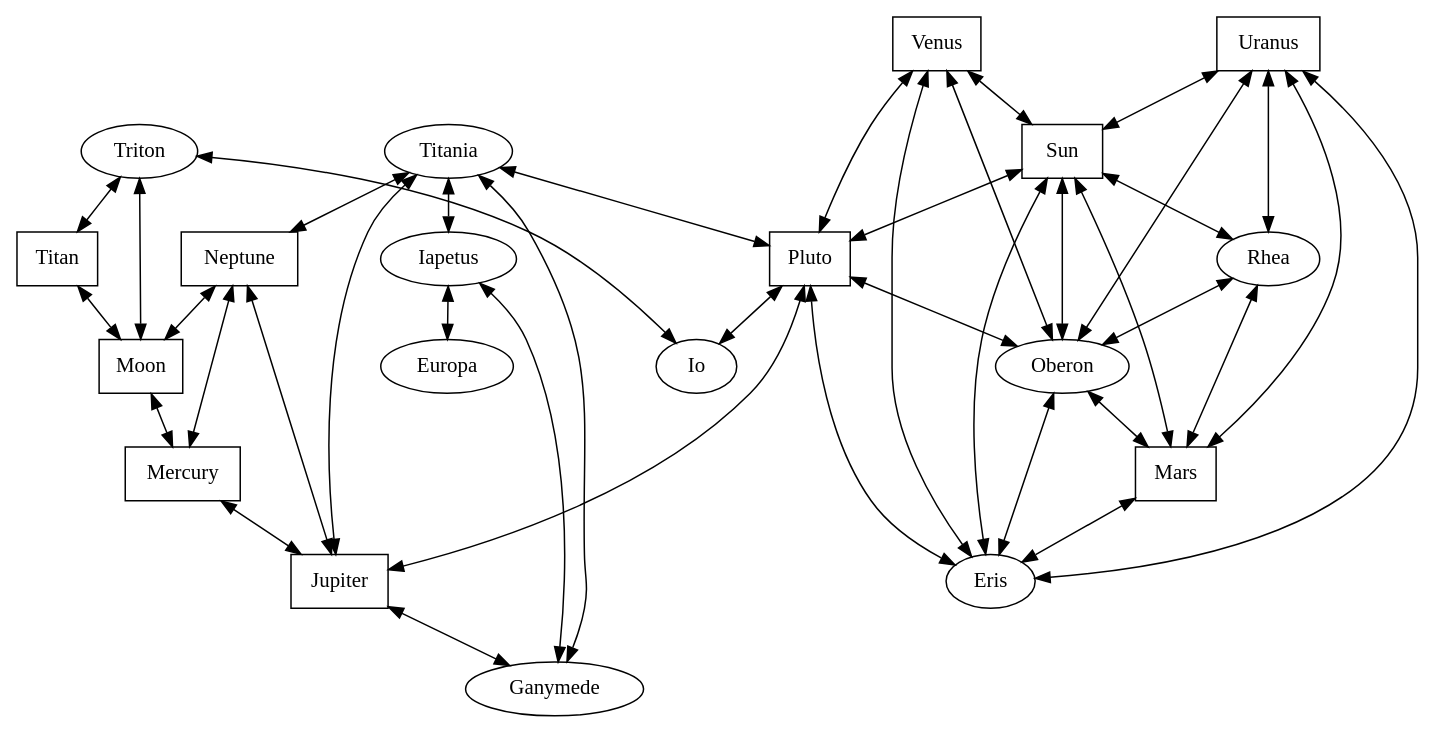
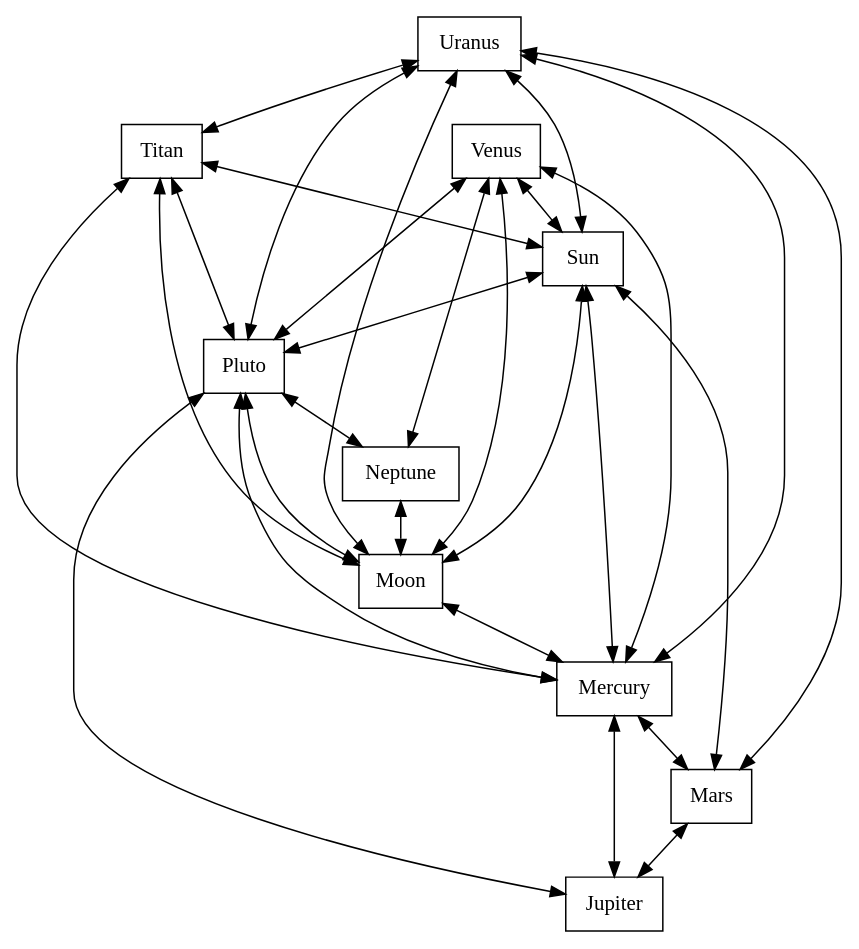
One commit to lmelkamu/JeopardyIsland_Final changed the diagram in map.dot. Above: the diagram before and after it, drawn with Graphviz.

```diff
--- a/map.dot
+++ b/map.dot
@@ -1,55 +1,43 @@
 digraph G {
   Neptune [fillcolor="#0003E8", label="Neptune", shape=box, ];
   Mercury [fillcolor="#0003E8", label="Mercury", shape=box, ];
   Uranus [fillcolor="#0003E8", label="Uranus", shape=box, ];
   Titan [fillcolor="#0003E8", label="Titan", shape=box, ];
   Moon [fillcolor="#0003E8", label="Moon", shape=box, ];
   Sun [fillcolor="#0003E8", label="Sun", shape=box, ];
   Venus [fillcolor="#0003E8", label="Venus", shape=box, ];
   Jupiter [fillcolor="#0003E8", label="Jupiter", shape=box, ];
   Pluto [fillcolor="#0003E8", label="Pluto", shape=box, ];
   Mars [fillcolor="#0003E8", label="Mars", shape=box, ];
   
   
-  Neptune -> Jupiter [dir=both, ];
-  Neptune -> Mercury [dir=both, ];
   Neptune -> Moon [dir=both, ];
   Mercury -> Jupiter [dir=both, ];
-  Uranus -> Eris [dir=both, ];
+  Mercury -> Mars [dir=both, ];
   Uranus -> Mars [dir=both, ];
-  Uranus -> Oberon [dir=both, ];
-  Uranus -> Rhea [dir=both, ];
+  Uranus -> Mercury [dir=both, ];
+  Uranus -> Moon [dir=both, ];
+  Uranus -> Pluto [dir=both, ];
   Uranus -> Sun [dir=both, ];
-  Rhea -> Mars [dir=both, ];
-  Rhea -> Oberon [dir=both, ];
+  Uranus -> Titan [dir=both, ];
+  Titan -> Mercury [dir=both, ];
   Titan -> Moon [dir=both, ];
+  Titan -> Pluto [dir=both, ];
+  Titan -> Sun [dir=both, ];
   Moon -> Mercury [dir=both, ];
-  Sun -> Eris [dir=both, ];
   Sun -> Mars [dir=both, ];
-  Sun -> Oberon [dir=both, ];
+  Sun -> Mercury [dir=both, ];
+  Sun -> Moon [dir=both, ];
   Sun -> Pluto [dir=both, ];
-  Sun -> Rhea [dir=both, ];
-  Oberon -> Eris [dir=both, ];
-  Oberon -> Mars [dir=both, ];
-  Venus -> Eris [dir=both, ];
-  Venus -> Oberon [dir=both, ];
+  Venus -> Mercury [dir=both, ];
+  Venus -> Moon [dir=both, ];
+  Venus -> Neptune [dir=both, ];
   Venus -> Pluto [dir=both, ];
   Venus -> Sun [dir=both, ];
-  Iapetus -> Europa [dir=both, ];
-  Iapetus -> Ganymede [dir=both, ];
-  Titania -> Ganymede [dir=both, ];
-  Titania -> Iapetus [dir=both, ];
-  Titania -> Jupiter [dir=both, ];
-  Titania -> Neptune [dir=both, ];
-  Titania -> Pluto [dir=both, ];
-  Jupiter -> Ganymede [dir=both, ];
-  Pluto -> Eris [dir=both, ];
-  Pluto -> Io [dir=both, ];
   Pluto -> Jupiter [dir=both, ];
-  Pluto -> Oberon [dir=both, ];
-  Mars -> Eris [dir=both, ];
-  Triton -> Io [dir=both, ];
-  Triton -> Moon [dir=both, ];
-  Triton -> Titan [dir=both, ];
+  Pluto -> Mercury [dir=both, ];
+  Pluto -> Moon [dir=both, ];
+  Pluto -> Neptune [dir=both, ];
+  Mars -> Jupiter [dir=both, ];
   
   }
```
